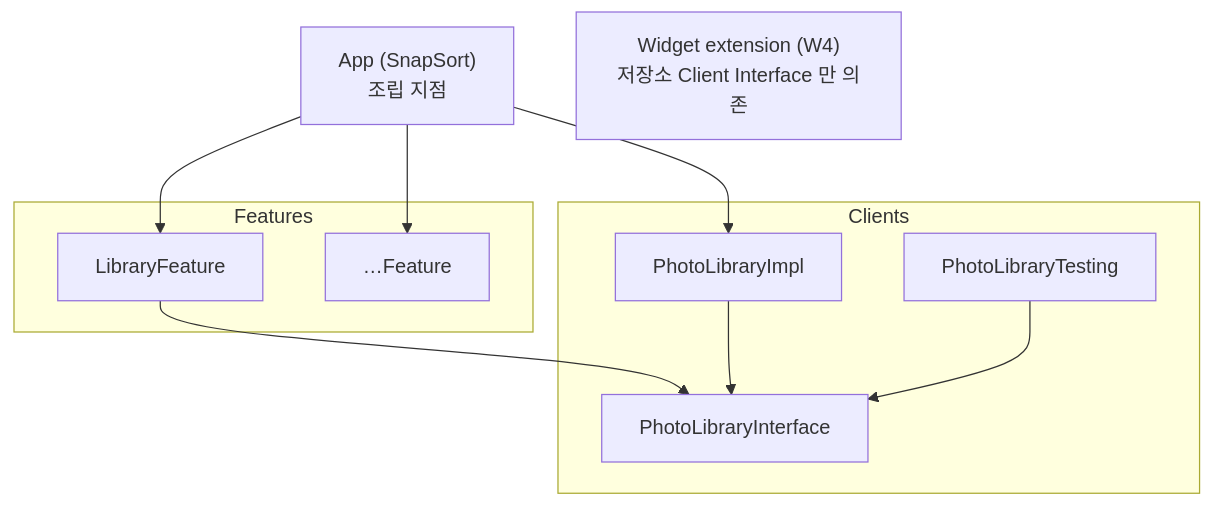
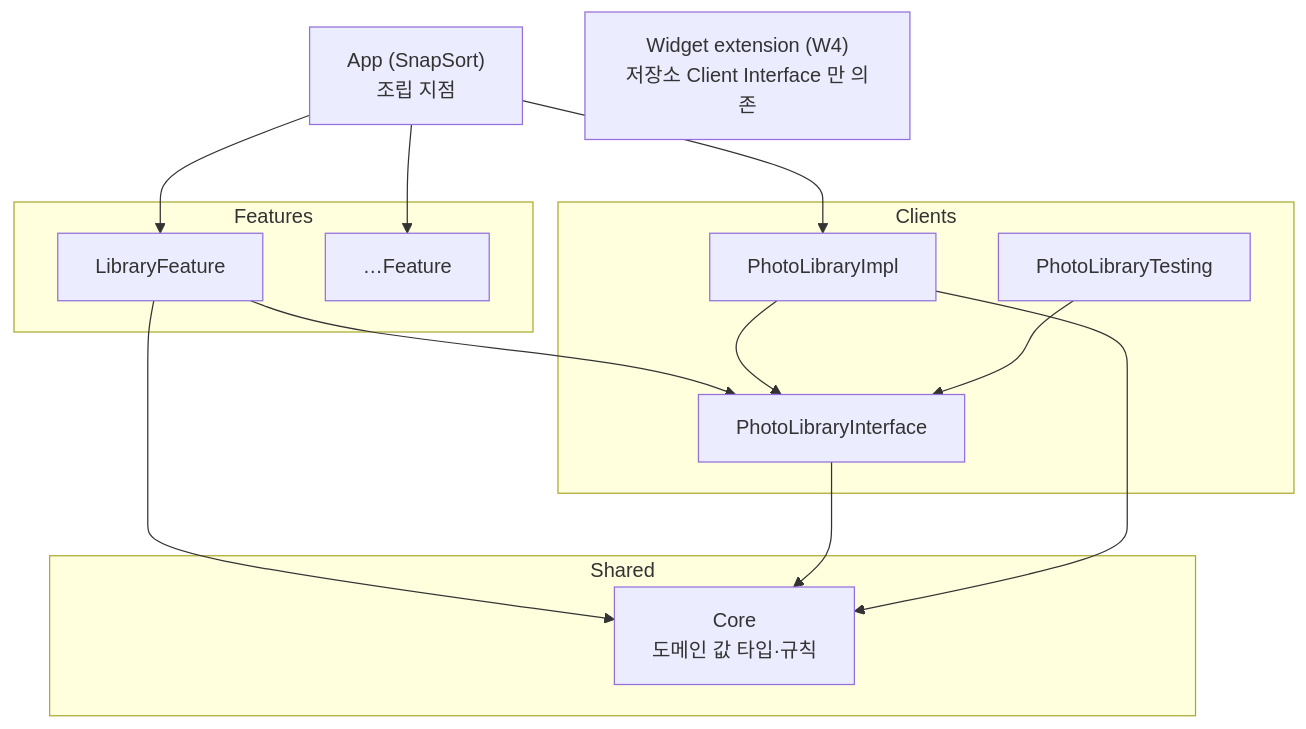
Before and after one commit to zopandagom/snapsort-ios: the second of 2 diagrams in docs/ARCHITECTURE.md, drawn with Mermaid. The commit also changed other lines of this file and 1 other file, not shown here.

First line of the commit message:
docs: Shared 모듈 구조와 의존 규칙 반영

````diff
--- a/docs/ARCHITECTURE.md
+++ b/docs/ARCHITECTURE.md
@@ -65,20 +65,24 @@
 ```mermaid
 flowchart TD
     App["App (SnapSort)<br/>조립 지점"]
     Widget["Widget extension (W4)<br/>저장소 Client Interface 만 의존"]
     subgraph Features
       Library["LibraryFeature"]
       Other["…Feature"]
     end
     subgraph Clients
       PI["PhotoLibraryInterface"]
       PImpl["PhotoLibraryImpl"]
       PT["PhotoLibraryTesting"]
     end
+    subgraph Shared
+      Core["Core<br/>도메인 값 타입·규칙"]
+    end
 
     App --> Library & Other
     App --> PImpl
     Library --> PI
     PImpl --> PI
     PT --> PI
+    Library & PI & PImpl --> Core
 ```
````
